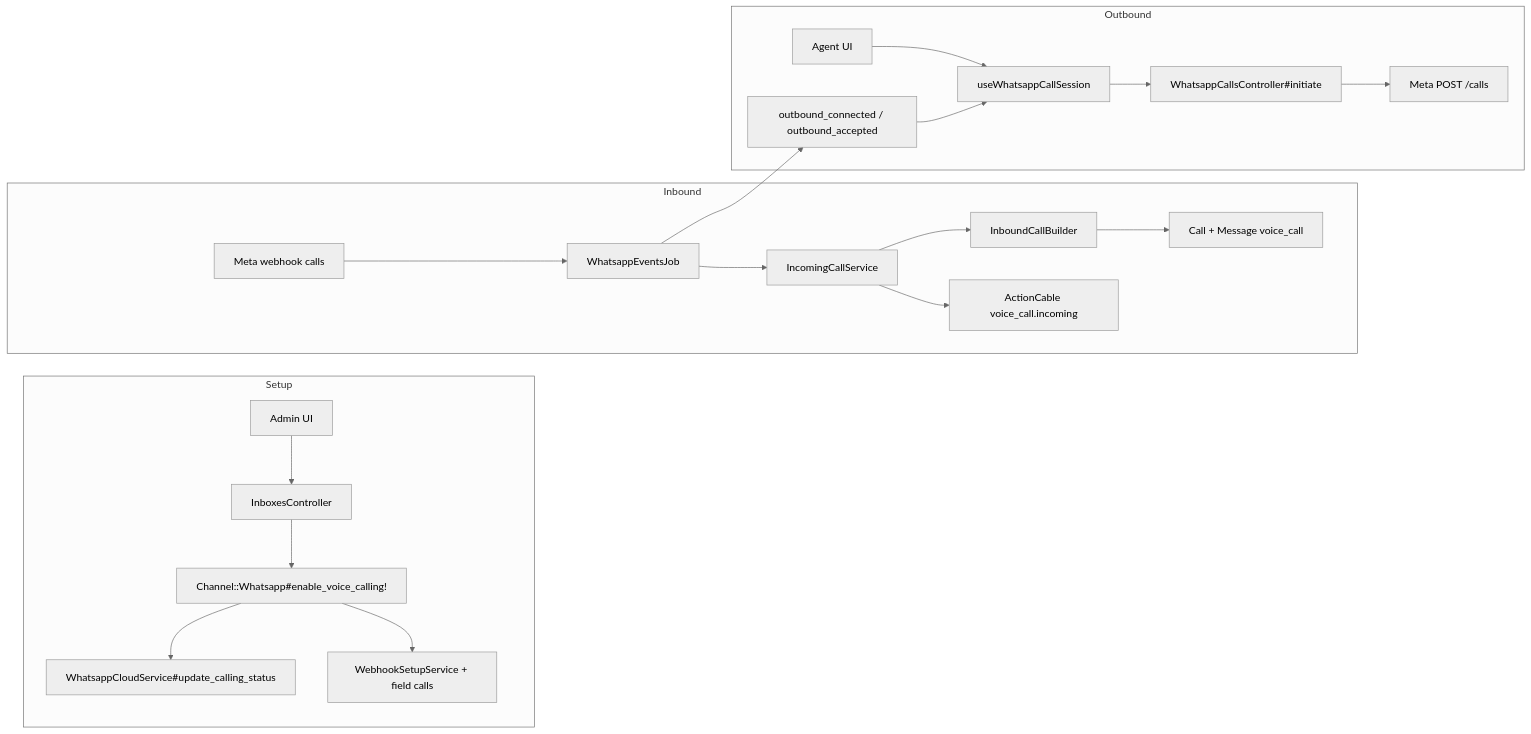
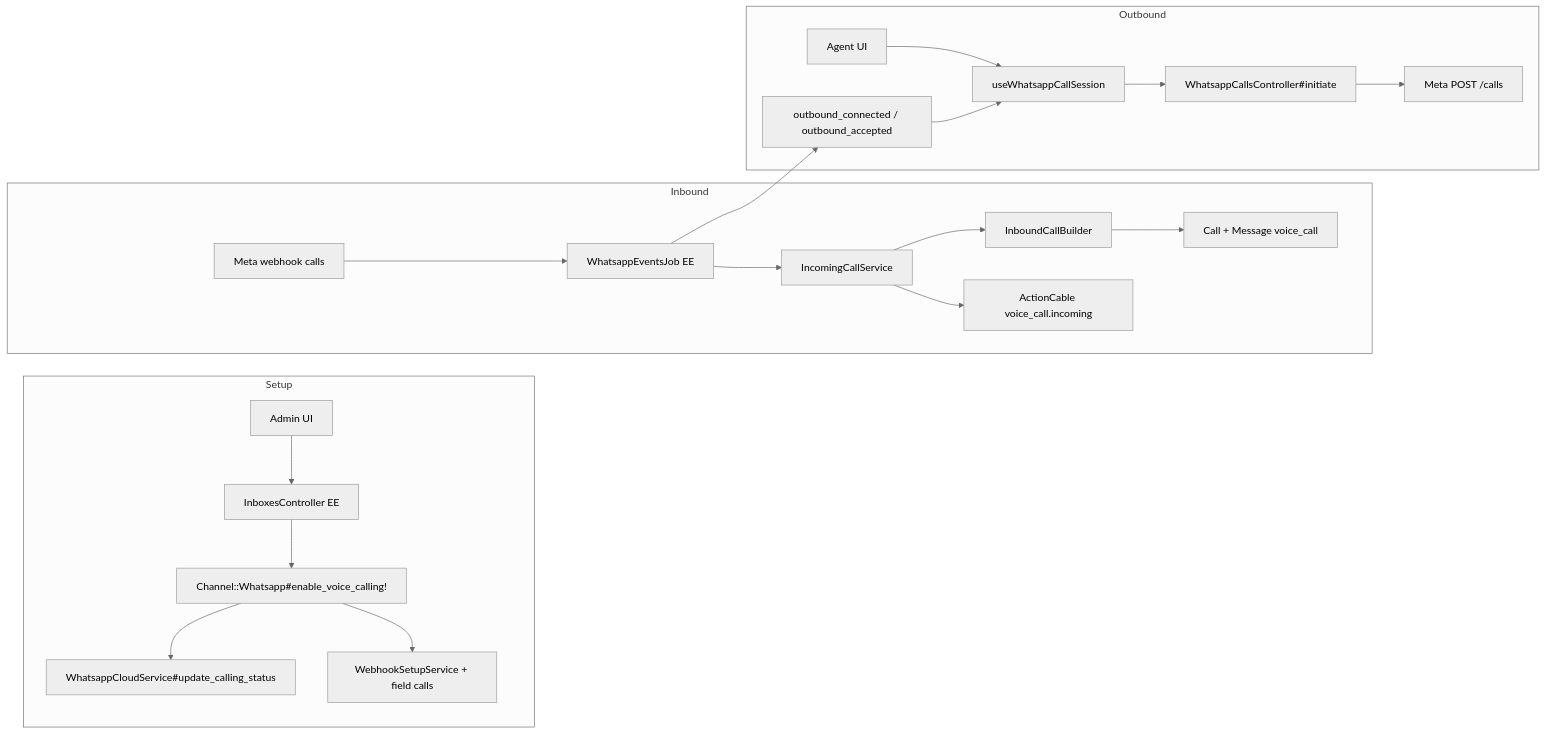
Before and after one commit to cesar-carlos/chatwoot: the second of 2 diagrams in doc/feature/whatsapp-voice/architecture-and-flow.md, drawn with Mermaid (neutral theme). The commit also changed other lines of this file and 16 other files, not shown here.

````diff
--- a/doc/feature/whatsapp-voice/architecture-and-flow.md
+++ b/doc/feature/whatsapp-voice/architecture-and-flow.md
@@ -76,25 +91,25 @@
 ```mermaid
 flowchart LR
     subgraph Setup
-        A[Admin UI] --> B[InboxesController]
+        A[Admin UI] --> B[InboxesController EE]
         B --> C[Channel::Whatsapp#enable_voice_calling!]
         C --> D[WhatsappCloudService#update_calling_status]
         C --> E[WebhookSetupService + field calls]
     end
 
     subgraph Inbound
-        F[Meta webhook calls] --> G[WhatsappEventsJob]
+        F[Meta webhook calls] --> G[WhatsappEventsJob EE]
         G --> H[IncomingCallService]
         H --> I[InboundCallBuilder]
         I --> J[Call + Message voice_call]
         H --> K[ActionCable voice_call.incoming]
     end
 
     subgraph Outbound
         L[Agent UI] --> M[useWhatsappCallSession]
         M --> N[WhatsappCallsController#initiate]
         N --> O[Meta POST /calls]
         G --> P[outbound_connected / outbound_accepted]
         P --> M
     end
 ```
````
